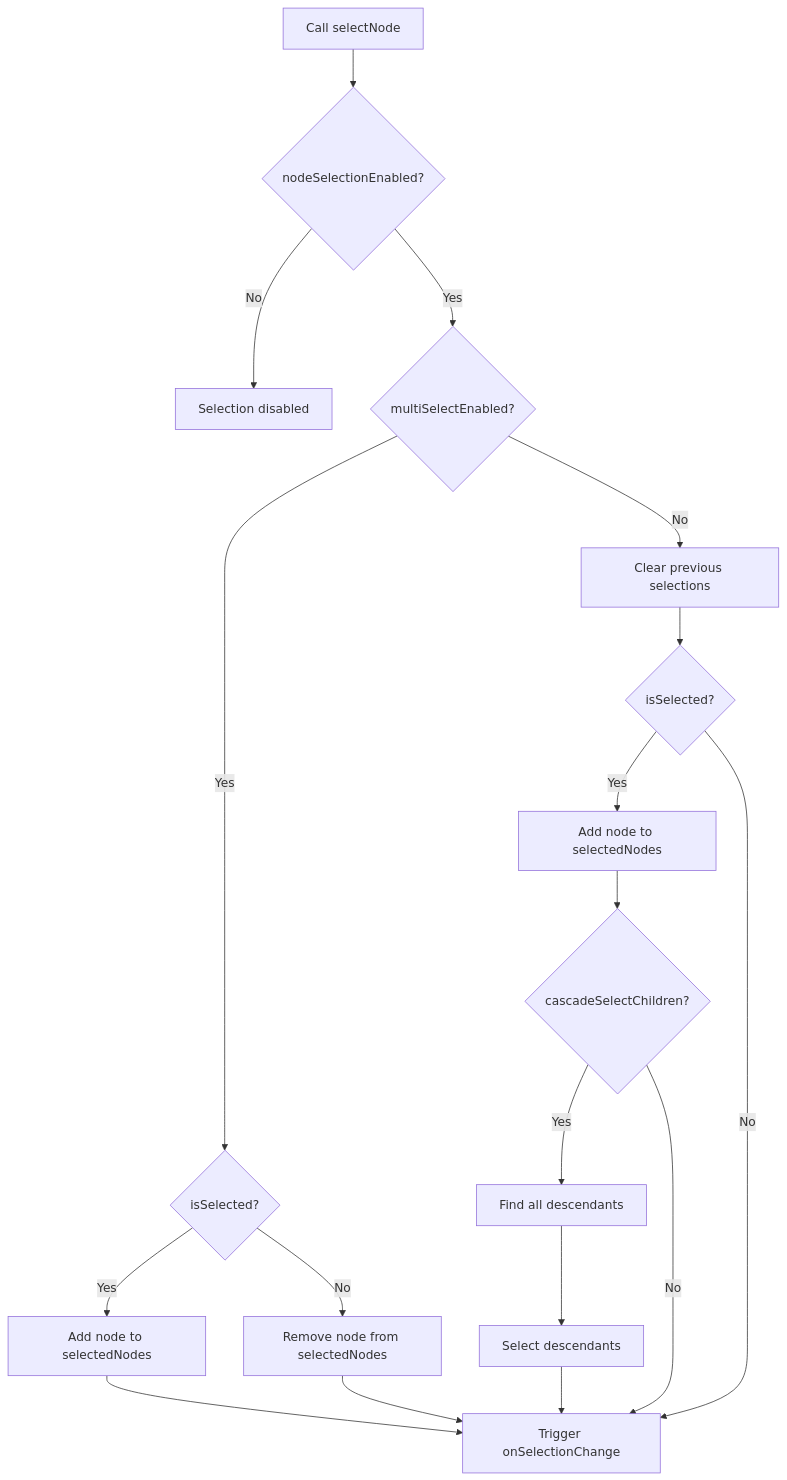
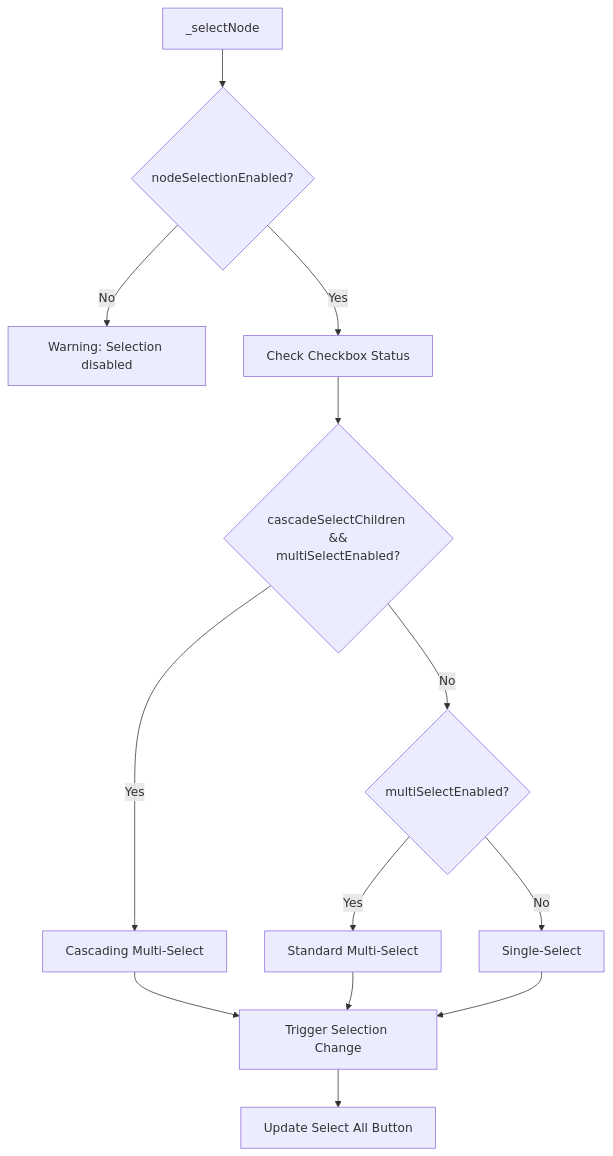
Before and after one commit to cip91sk/quercus.js: the third of 3 diagrams in README.md, drawn with Mermaid. The commit also changed other lines of this file, not shown here.

Commit message:
update mermaid

````diff
--- a/README.md
+++ b/README.md
@@ -390,28 +392,20 @@
 ```mermaid
 graph TD
-    M[Call selectNode]
-    M1{nodeSelectionEnabled?}
-    M_WARN[Selection disabled]
-    N{multiSelectEnabled?}
-    O{isSelected?}
-    O1[Add node to selectedNodes]
-    O2[Remove node from selectedNodes]
-    P[Trigger onSelectionChange]
-    Q[Clear previous selections]
-    R{isSelected?}
-    R1[Add node to selectedNodes]
-    S{cascadeSelectChildren?}
-    S1[Find all descendants]
-    S2[Select descendants]
-    M --> M1
-    M1 -- No --> M_WARN
-    M1 -- Yes --> N
-    N -- Yes --> O
-    O -- Yes --> O1 --> P
-    O -- No --> O2 --> P
-    N -- No --> Q --> R
-    R -- Yes --> R1 --> S
-    S -- Yes --> S1 --> S2 --> P
-    S -- No --> P
-    R -- No --> P
+    A[_selectNode] --> B{nodeSelectionEnabled?}
+    B -- No --> C[Warning: Selection disabled]
+    B -- Yes --> D[Check Checkbox Status]
+    
+    D --> E{cascadeSelectChildren &&<br>multiSelectEnabled?}
+    E -- Yes --> F1[Cascading Multi-Select]
+    E -- No --> G
+    
+    G{multiSelectEnabled?}
+    G -- Yes --> H[Standard Multi-Select]
+    G -- No --> I[Single-Select]
+    
+    F1 --> J[Trigger Selection Change]
+    H --> J
+    I --> J
+    
+    J --> K[Update Select All Button]
 ```
````
